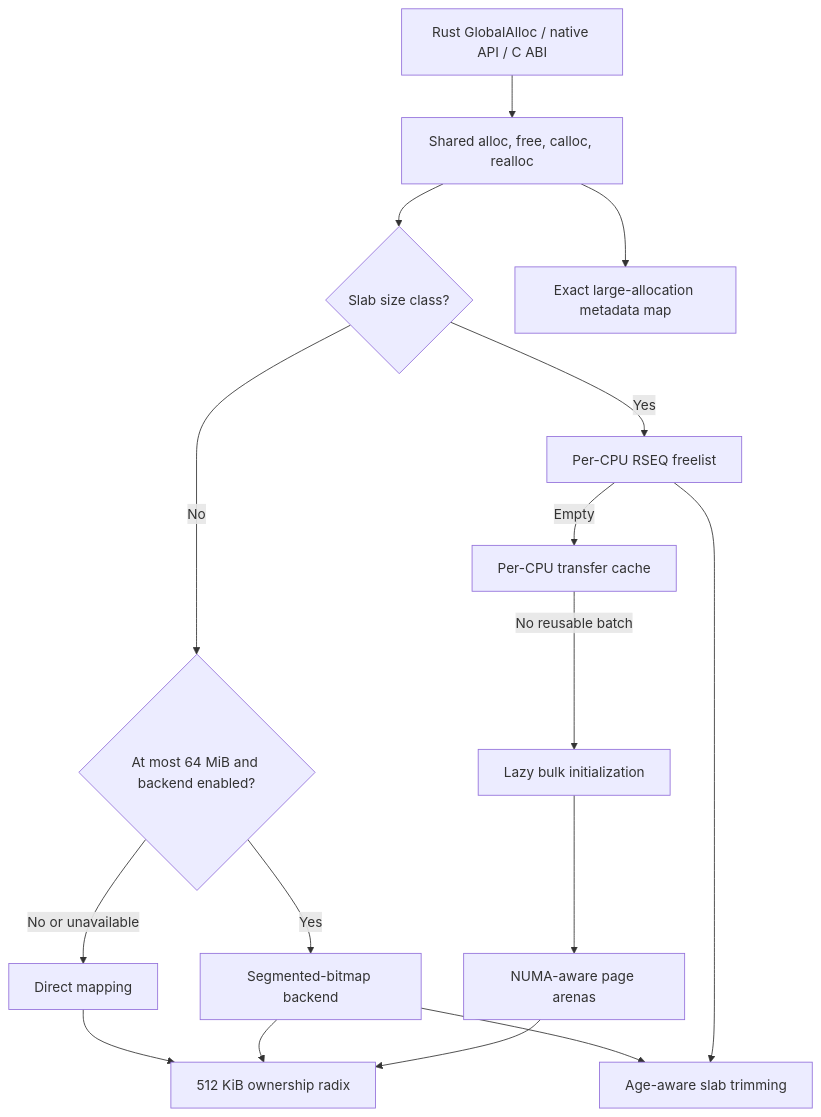
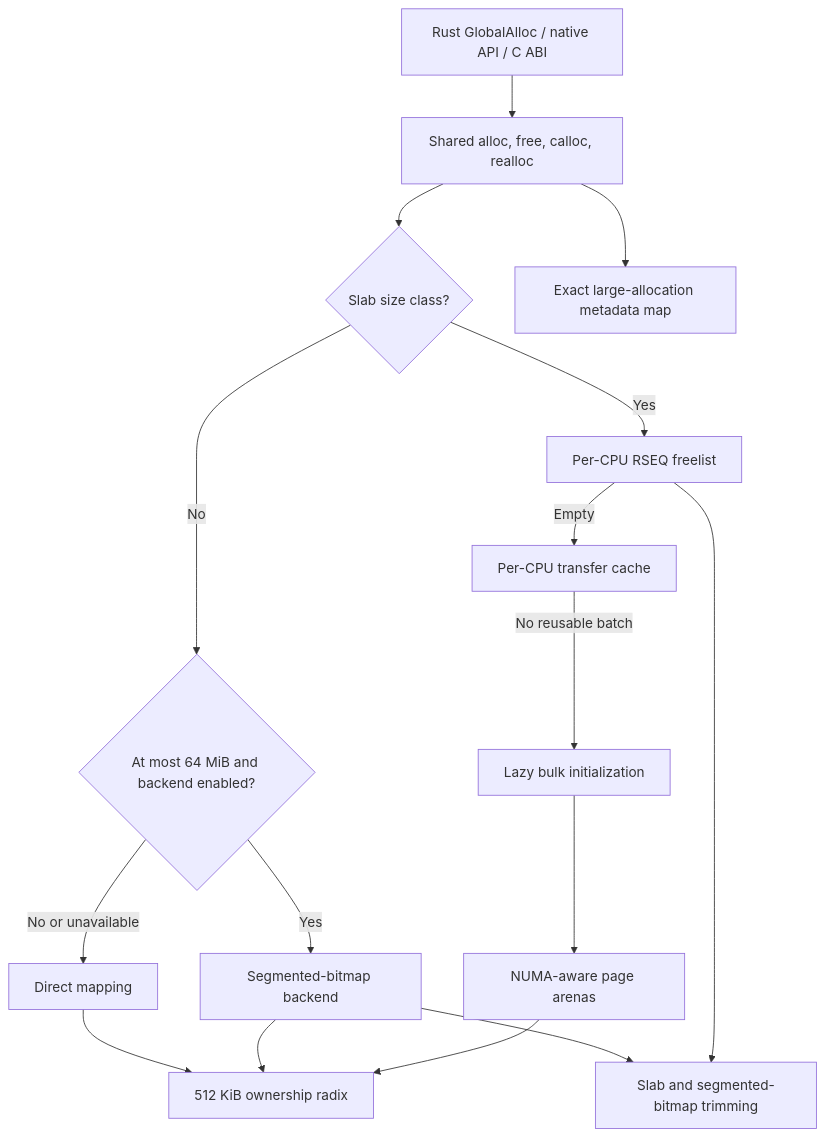
One commit to Metehan120/rsmalloc changed the first of 3 diagrams in ARCHITECTURE.md. Above: the diagram before and after it, drawn with Mermaid. The commit also changed other lines of this file, not shown here.

````diff
--- a/ARCHITECTURE.md
+++ b/ARCHITECTURE.md
@@ -23,23 +23,23 @@
 ```mermaid
 flowchart TD
     API["Rust GlobalAlloc / native API / C ABI"] --> INNER["Shared alloc, free, calloc, realloc"]
 
     INNER --> SIZE{"Slab size class?"}
 
     SIZE -- Yes --> LOCAL["Per-CPU RSEQ freelist"]
     LOCAL -- Empty --> TRANSFER["Per-CPU transfer cache"]
     TRANSFER -- No reusable batch --> BULK["Lazy bulk initialization"]
     BULK --> PAGE["NUMA-aware page arenas"]
 
     SIZE -- No --> LARGE{"At most 64 MiB and backend enabled?"}
     LARGE -- Yes --> SEGMENTED["Segmented-bitmap backend"]
     LARGE -- No or unavailable --> MMAP["Direct mapping"]
 
     PAGE --> RADIX["512 KiB ownership radix"]
     SEGMENTED --> RADIX
     MMAP --> RADIX
 
     INNER --> BIGMAP["Exact large-allocation metadata map"]
-    LOCAL --> TRIM["Age-aware slab trimming"]
+    LOCAL --> TRIM["Slab and segmented-bitmap trimming"]
     SEGMENTED --> TRIM
 ```
````
